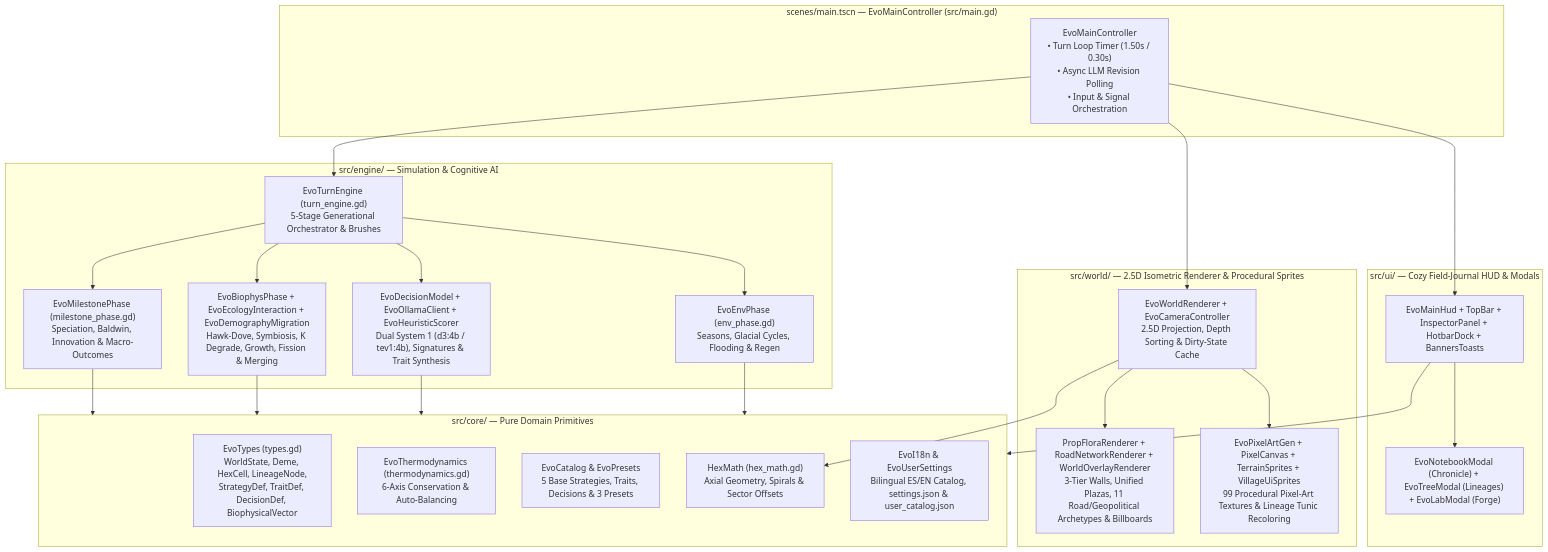
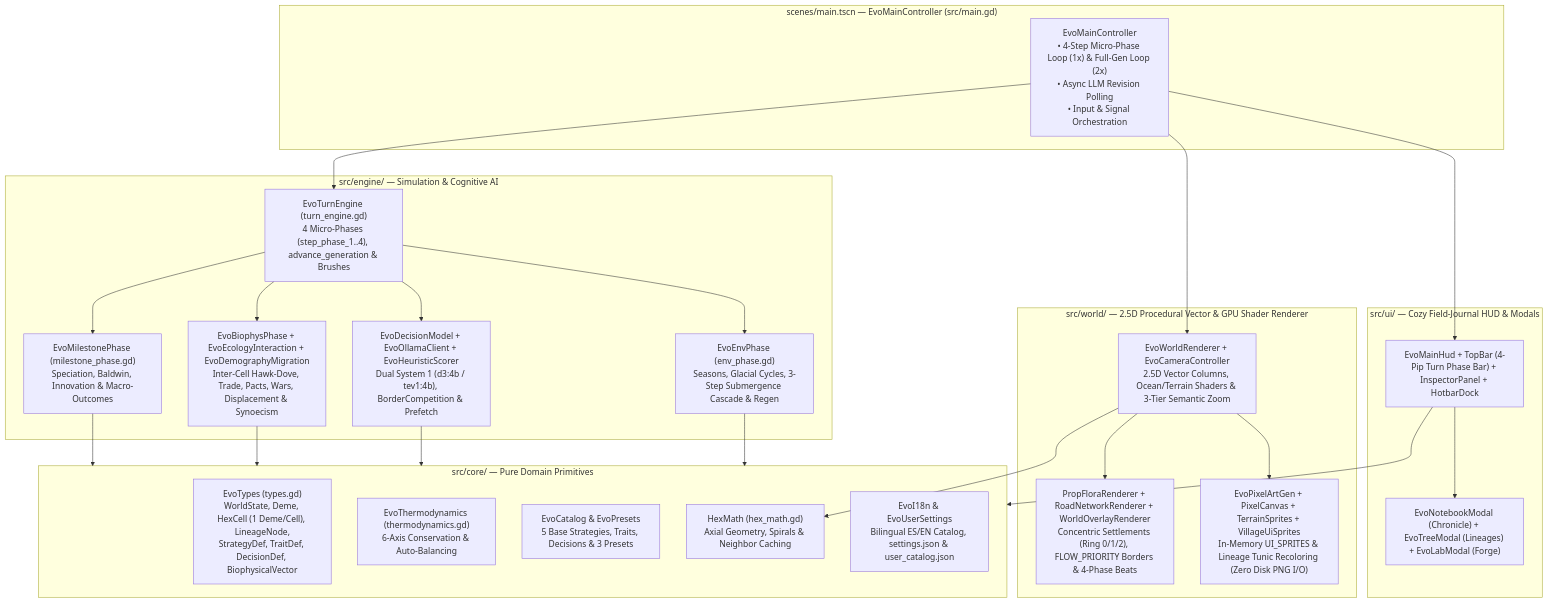
Before and after one commit to arrase/Evolution: the diagram in gh-pages/architecture_developer.md, drawn with Mermaid. The commit also changed other lines of this file and 34 other files, not shown here.

Commit message:
feat: implement 2.5D vector/shader world renderer, 1-deme-per-hex borders, semantic zoom, and 4-step micro-phase playback

````diff
--- a/gh-pages/architecture_developer.md
+++ b/gh-pages/architecture_developer.md
@@ -9,41 +9,41 @@
 ```mermaid
 flowchart TD
     subgraph Root ["scenes/main.tscn — EvoMainController (src/main.gd)"]
-        Main["EvoMainController\n• Turn Loop Timer (1.50s / 0.30s)\n• Async LLM Revision Polling\n• Input & Signal Orchestration"]
+        Main["EvoMainController\n• 4-Step Micro-Phase Loop (1x) & Full-Gen Loop (2x)\n• Async LLM Revision Polling\n• Input & Signal Orchestration"]
     end
 
     subgraph Core ["src/core/ — Pure Domain Primitives"]
-        Types["EvoTypes (types.gd)\nWorldState, Deme, HexCell, LineageNode,\nStrategyDef, TraitDef, DecisionDef, BiophysicalVector"]
+        Types["EvoTypes (types.gd)\nWorldState, Deme, HexCell (1 Deme/Cell), LineageNode,\nStrategyDef, TraitDef, DecisionDef, BiophysicalVector"]
         Thermo["EvoThermodynamics (thermodynamics.gd)\n6-Axis Conservation & Auto-Balancing"]
         Catalog["EvoCatalog & EvoPresets\n5 Base Strategies, Traits, Decisions & 3 Presets"]
-        HexMath["HexMath (hex_math.gd)\nAxial Geometry, Spirals & Sector Offsets"]
+        HexMath["HexMath (hex_math.gd)\nAxial Geometry, Spirals & Neighbor Caching"]
         I18n["EvoI18n & EvoUserSettings\nBilingual ES/EN Catalog, settings.json & user_catalog.json"]
     end
 
     subgraph Engine ["src/engine/ — Simulation & Cognitive AI"]
-        Turn["EvoTurnEngine (turn_engine.gd)\n5-Stage Generational Orchestrator & Brushes"]
-        Env["EvoEnvPhase (env_phase.gd)\nSeasons, Glacial Cycles, Flooding & Regen"]
-        Cog["EvoDecisionModel + EvoOllamaClient + EvoHeuristicScorer\nDual System 1 (d3:4b / tev1:4b), Signatures & Trait Synthesis"]
-        Biophys["EvoBiophysPhase + EvoEcologyInteraction + EvoDemographyMigration\nHawk-Dove, Symbiosis, K Degrade, Growth, Fission & Merging"]
+        Turn["EvoTurnEngine (turn_engine.gd)\n4 Micro-Phases (step_phase_1..4), advance_generation & Brushes"]
+        Env["EvoEnvPhase (env_phase.gd)\nSeasons, Glacial Cycles, 3-Step Submergence Cascade & Regen"]
+        Cog["EvoDecisionModel + EvoOllamaClient + EvoHeuristicScorer\nDual System 1 (d3:4b / tev1:4b), BorderCompetition & Prefetch"]
+        Biophys["EvoBiophysPhase + EvoEcologyInteraction + EvoDemographyMigration\nInter-Cell Hawk-Dove, Trade, Pacts, Wars, Displacement & Synoecism"]
         Mile["EvoMilestonePhase (milestone_phase.gd)\nSpeciation, Baldwin, Innovation & Macro-Outcomes"]
     end
 
-    subgraph World ["src/world/ — 2.5D Isometric Renderer & Procedural Sprites"]
-        Renderer["EvoWorldRenderer + EvoCameraController\n2.5D Projection, Depth Sorting & Dirty-State Cache"]
-        SubRender["PropFloraRenderer + RoadNetworkRenderer + WorldOverlayRenderer\n3-Tier Walls, Unified Plazas, 11 Road/Geopolitical Archetypes & Billboards"]
-        Sprites["EvoPixelArtGen + PixelCanvas + TerrainSprites + VillageUiSprites\n99 Procedural Pixel-Art Textures & Lineage Tunic Recoloring"]
+    subgraph World ["src/world/ — 2.5D Procedural Vector & GPU Shader Renderer"]
+        Renderer["EvoWorldRenderer + EvoCameraController\n2.5D Vector Columns, Ocean/Terrain Shaders & 3-Tier Semantic Zoom"]
+        SubRender["PropFloraRenderer + RoadNetworkRenderer + WorldOverlayRenderer\nConcentric Settlements (Ring 0/1/2), FLOW_PRIORITY Borders & 4-Phase Beats"]
+        Sprites["EvoPixelArtGen + PixelCanvas + TerrainSprites + VillageUiSprites\nIn-Memory UI_SPRITES & Lineage Tunic Recoloring (Zero Disk PNG I/O)"]
     end
 
     subgraph UI ["src/ui/ — Cozy Field-Journal HUD & Modals"]
-        HUD["EvoMainHud + TopBar + InspectorPanel + HotbarDock + BannersToasts"]
+        HUD["EvoMainHud + TopBar (4-Pip Turn Phase Bar) + InspectorPanel + HotbarDock"]
         Modals["EvoNotebookModal (Chronicle) + EvoTreeModal (Lineages) + EvoLabModal (Forge)"]
     end
 
     Main --> Turn
     Main --> Renderer
     Main --> HUD
     Turn --> Env & Cog & Biophys & Mile
     Env & Cog & Biophys & Mile --> Core
     Renderer --> SubRender & Sprites & HexMath
     HUD --> Modals & Core
 ```
````
